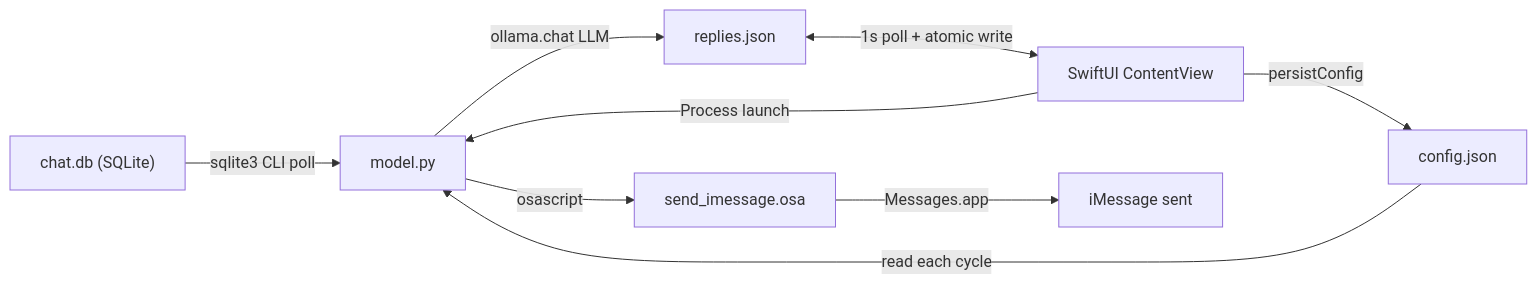
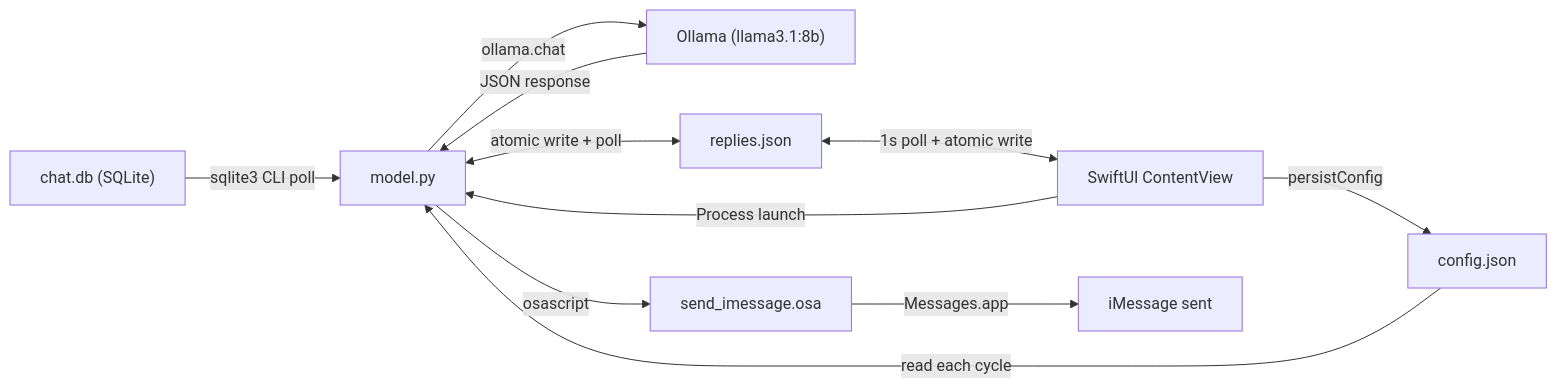
The diagram in README.md (cadenroberts/llm-messaging-system), drawn with Mermaid before and after one commit. The commit also changed other lines of this file and 1 other file, not shown here.

````diff
--- a/README.md
+++ b/README.md
@@ -76,11 +76,13 @@
 ```mermaid
 flowchart LR
     chatDB["chat.db (SQLite)"] -->|"sqlite3 CLI poll"| modelPy["model.py"]
     configJSON["config.json"] -->|"read each cycle"| modelPy
-    modelPy -->|"ollama.chat LLM"| repliesJSON["replies.json"]
+    modelPy -->|"ollama.chat"| ollama["Ollama (llama3.1:8b)"]
+    ollama -->|"JSON response"| modelPy
+    modelPy <-->|"atomic write + poll"| repliesJSON["replies.json"]
     repliesJSON <-->|"1s poll + atomic write"| swiftUI["SwiftUI ContentView"]
     swiftUI -->|"persistConfig"| configJSON
     swiftUI -->|"Process launch"| modelPy
     modelPy -->|"osascript"| osa["send_imessage.osa"]
     osa -->|"Messages.app"| send["iMessage sent"]
 ```
````
